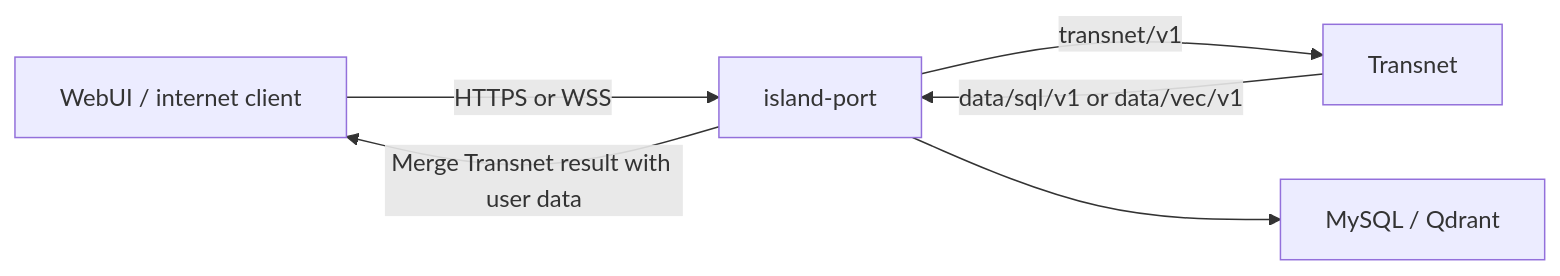
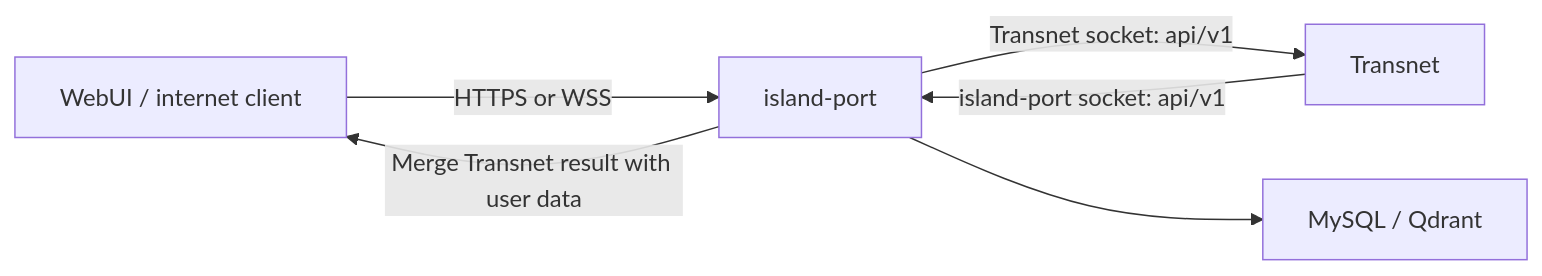
The diagram in docs/interfaces/transnet.md (Ashex-x/Transnet), drawn with Mermaid before and after one commit. The commit also changed other lines of this file and 13 other files, not shown here.

````diff
--- a/docs/interfaces/transnet.md
+++ b/docs/interfaces/transnet.md
@@ -44,8 +44,8 @@
 ```mermaid
 flowchart LR
   client["WebUI / internet client"] -->|"HTTPS or WSS"| port["island-port"]
-  port -->|"transnet/v1"| transnet["Transnet"]
-  transnet -->|"data/sql/v1 or data/vec/v1"| port
+  port -->|"Transnet socket: api/v1"| transnet["Transnet"]
+  transnet -->|"island-port socket: api/v1"| port
   port --> database["MySQL / Qdrant"]
   port -->|"Merge Transnet result with user data"| client
 ```
````
